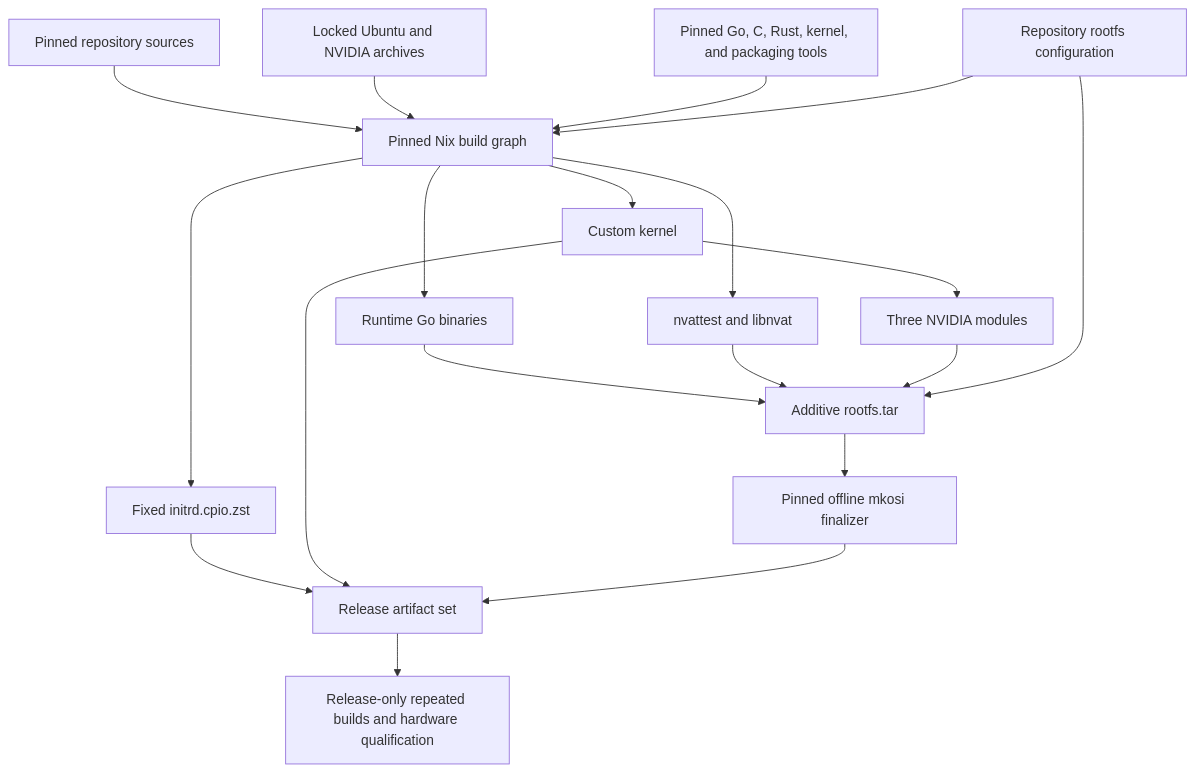
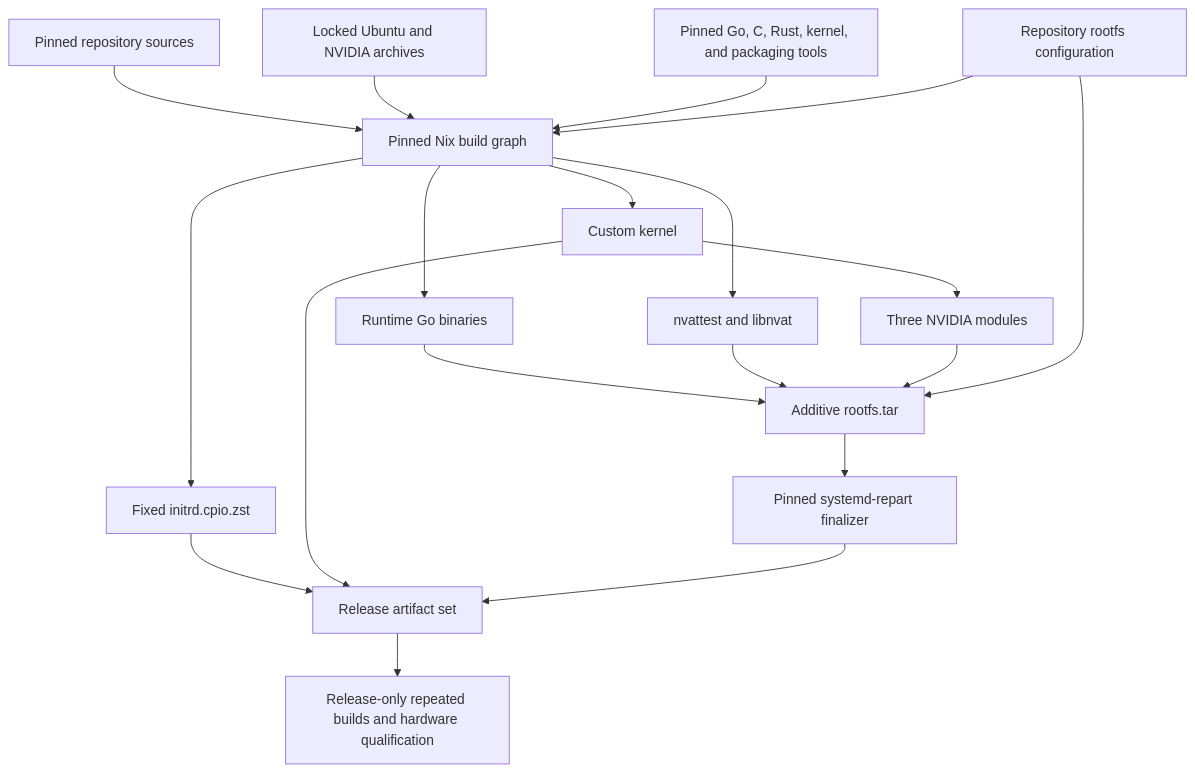
Before and after one commit to tinfoilsh/cvmimage: the diagram in docs/build.md, drawn with Mermaid. The commit also changed other lines of this file and 10 other files, not shown here.

````diff
--- a/docs/build.md
+++ b/docs/build.md
@@ -17,25 +16,25 @@
 ```mermaid
 flowchart TD
     S["Pinned repository sources"] --> N["Pinned Nix build graph"]
     U["Locked Ubuntu and NVIDIA archives"] --> N
     T["Pinned Go, C, Rust, kernel, and packaging tools"] --> N
     C["Repository rootfs configuration"] --> N
 
     N --> G["Runtime Go binaries"]
     N --> A["nvattest and libnvat"]
     N --> K["Custom kernel"]
     K --> V["Three NVIDIA modules"]
     N --> I["Fixed initrd.cpio.zst"]
 
     G --> R["Additive rootfs.tar"]
     A --> R
     V --> R
     C --> R
 
-    R --> M["Pinned offline mkosi finalizer"]
+    R --> M["Pinned systemd-repart finalizer"]
     I --> X["Release artifact set"]
     K --> X
     M --> X
 
     X --> Q["Release-only repeated builds and hardware qualification"]
 ```
````
